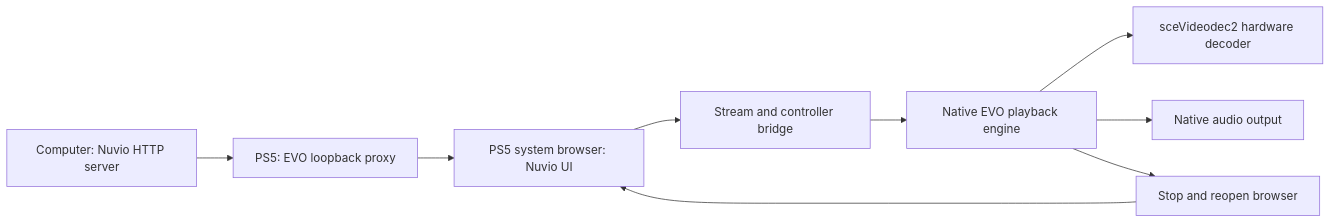
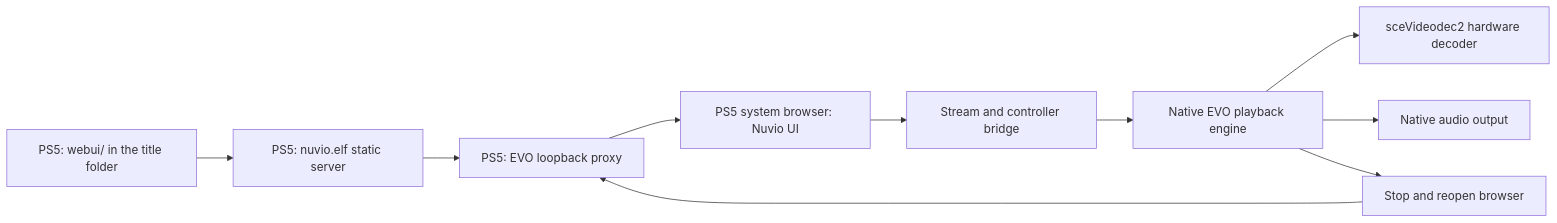
Before and after one commit to bilawalriaz/nuvio-ps5-homebrew: the diagram in docs/ARCHITECTURE.md, drawn with Mermaid. The commit also changed other lines of this file and 23 other files, not shown here.

````diff
--- a/docs/ARCHITECTURE.md
+++ b/docs/ARCHITECTURE.md
@@ -9,11 +10,12 @@
 ```mermaid
 flowchart LR
-    Host[Computer: Nuvio HTTP server] --> Proxy[PS5: EVO loopback proxy]
+    Files[PS5: webui/ in the title folder] --> Server[PS5: nuvio.elf static server]
+    Server --> Proxy[PS5: EVO loopback proxy]
     Proxy --> Browser[PS5 system browser: Nuvio UI]
     Browser --> Bridge[Stream and controller bridge]
     Bridge --> Player[Native EVO playback engine]
     Player --> Decoder[sceVideodec2 hardware decoder]
     Player --> Audio[Native audio output]
     Player --> Return[Stop and reopen browser]
-    Return --> Browser
+    Return --> Proxy
 ```
````
